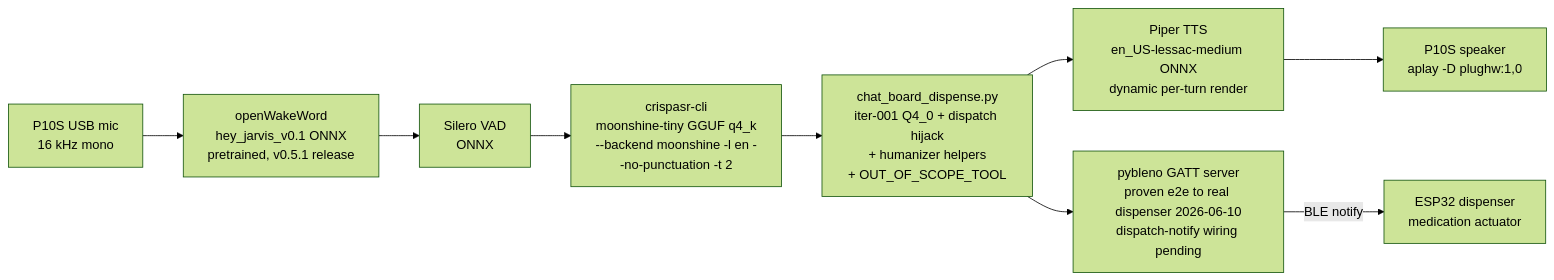
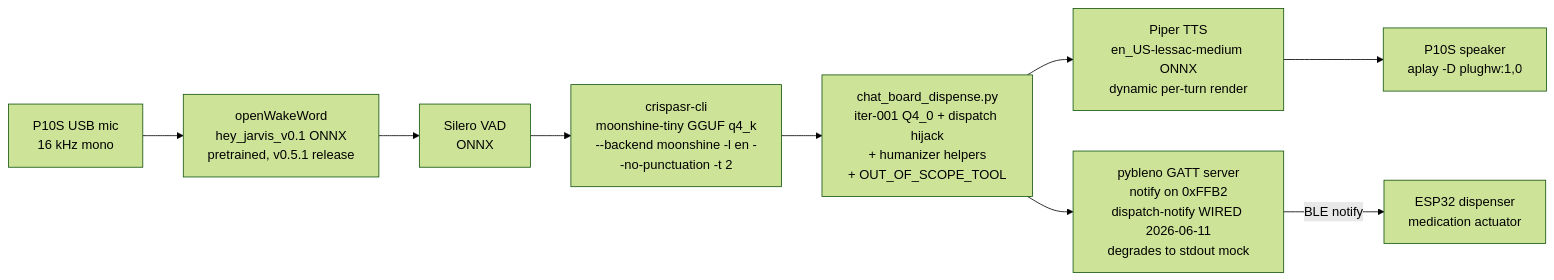
The second of 5 diagrams in README.md (lanhp-vn/SL2619-EdgeAI-FunctionGemma-270M-int4-health-tools), drawn with Mermaid (forest theme) before and after one commit. The commit also changed other lines of this file and 1 other file, not shown here.

First line of the commit message:
docs: refresh CLAUDE.md + README.md for wired BLE dispatch-notify

````diff
--- a/README.md
+++ b/README.md
@@ -89,15 +89,15 @@
 ```mermaid
 flowchart LR
     MIC[P10S USB mic<br/>16 kHz mono]
     WAKE[openWakeWord<br/>hey_jarvis_v0.1 ONNX<br/>pretrained, v0.5.1 release]
     VAD[Silero VAD<br/>ONNX]
     STT[crispasr-cli<br/>moonshine-tiny GGUF q4_k<br/>--backend moonshine -l en --no-punctuation -t 2]
     BRAIN[chat_board_dispense.py<br/>iter-001 Q4_0 + dispatch hijack<br/>+ humanizer helpers<br/>+ OUT_OF_SCOPE_TOOL]
     TTS[Piper TTS<br/>en_US-lessac-medium ONNX<br/>dynamic per-turn render]
     SPK[P10S speaker<br/>aplay -D plughw:1,0]
-    BLE[pybleno GATT server<br/>proven e2e to real dispenser 2026-06-10<br/>dispatch-notify wiring pending]
+    BLE[pybleno GATT server<br/>notify on 0xFFB2<br/>dispatch-notify WIRED 2026-06-11<br/>degrades to stdout mock]
     ESP[ESP32 dispenser<br/>medication actuator]
     MIC --> WAKE --> VAD --> STT --> BRAIN
     BRAIN --> TTS --> SPK
     BRAIN --> BLE -- BLE notify --> ESP
 ```
````
